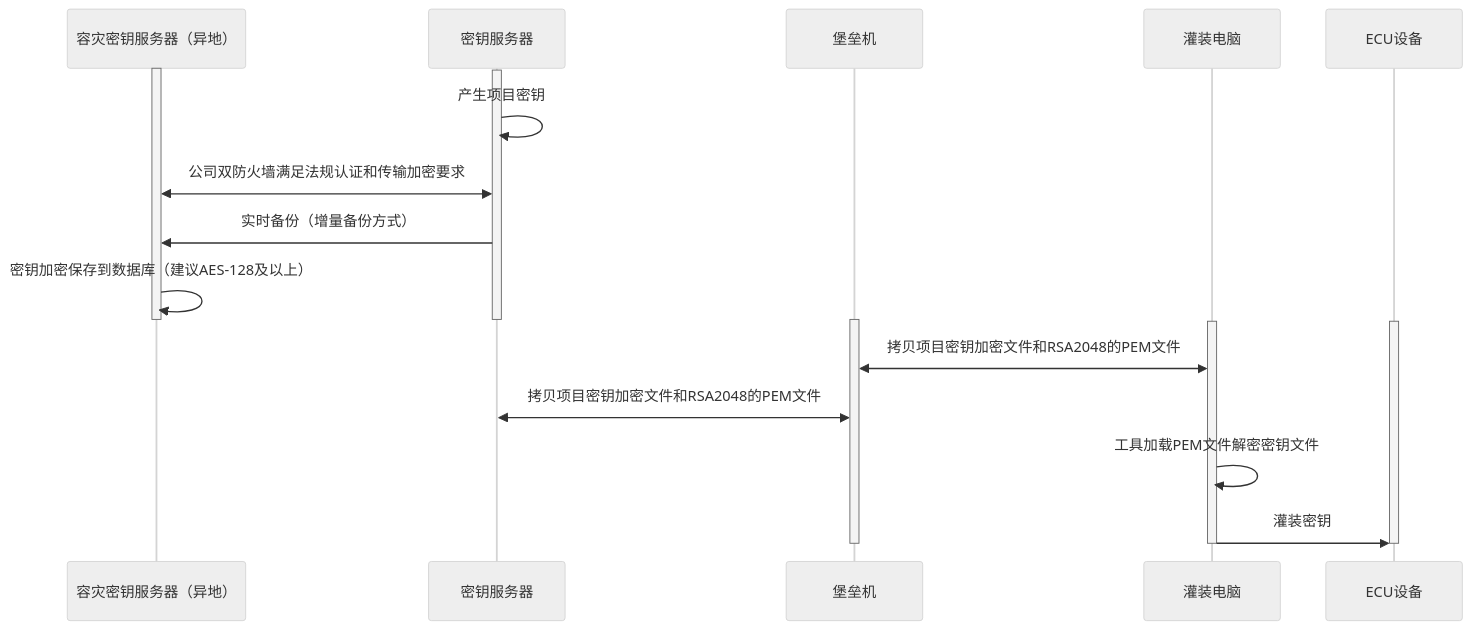
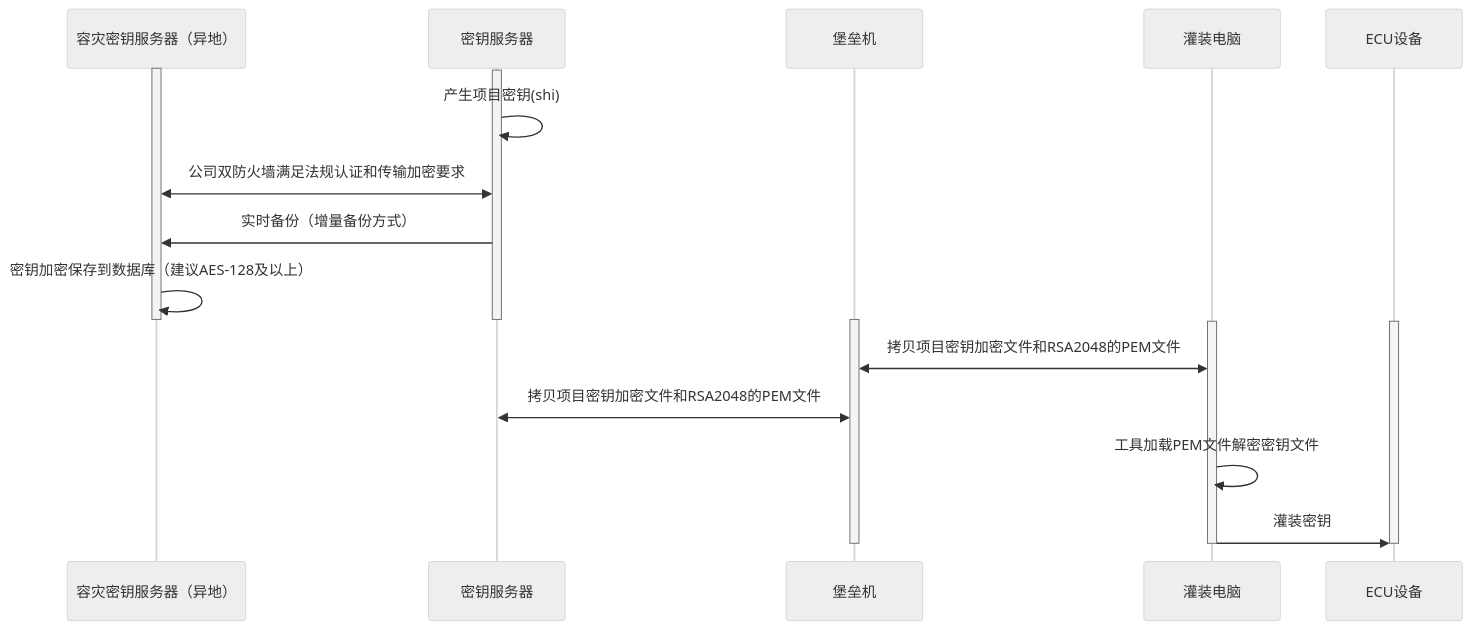
The diagram in all/未命名-15.md (facebook-cloud/iodraw-files), drawn with Mermaid (neutral theme) before and after one commit.

Commit message:
2026-02-07 10:27:27 update

````diff
--- a/all/未命名-15.md
+++ b/all/未命名-15.md
@@ -1,30 +1,30 @@
 ```mermaid
 sequenceDiagram
     participant A as 容灾密钥服务器（异地）
     participant B as 密钥服务器
     participant C as 堡垒机
     participant D as 灌装电脑
     participant E as ECU设备
 
     activate A
     activate B
-    B->>B: 产生项目密钥
+    B->>B: 产生项目密钥(shi)
     A<<->>B: 公司双防火墙满足法规认证和传输加密要求
     B->>A: 实时备份（增量备份方式）
     A->>A: 密钥加密保存到数据库（建议AES-128及以上）
     deactivate B
     deactivate A
 
     activate C
     activate D
     activate E
 
     D<<->>C: 拷贝项目密钥加密文件和RSA2048的PEM文件
     C<<->>B: 拷贝项目密钥加密文件和RSA2048的PEM文件
     D->>D:工具加载PEM文件解密密钥文件
     D->>E: 灌装密钥
     deactivate C
     deactivate D
     deactivate E
 
 ```
````
